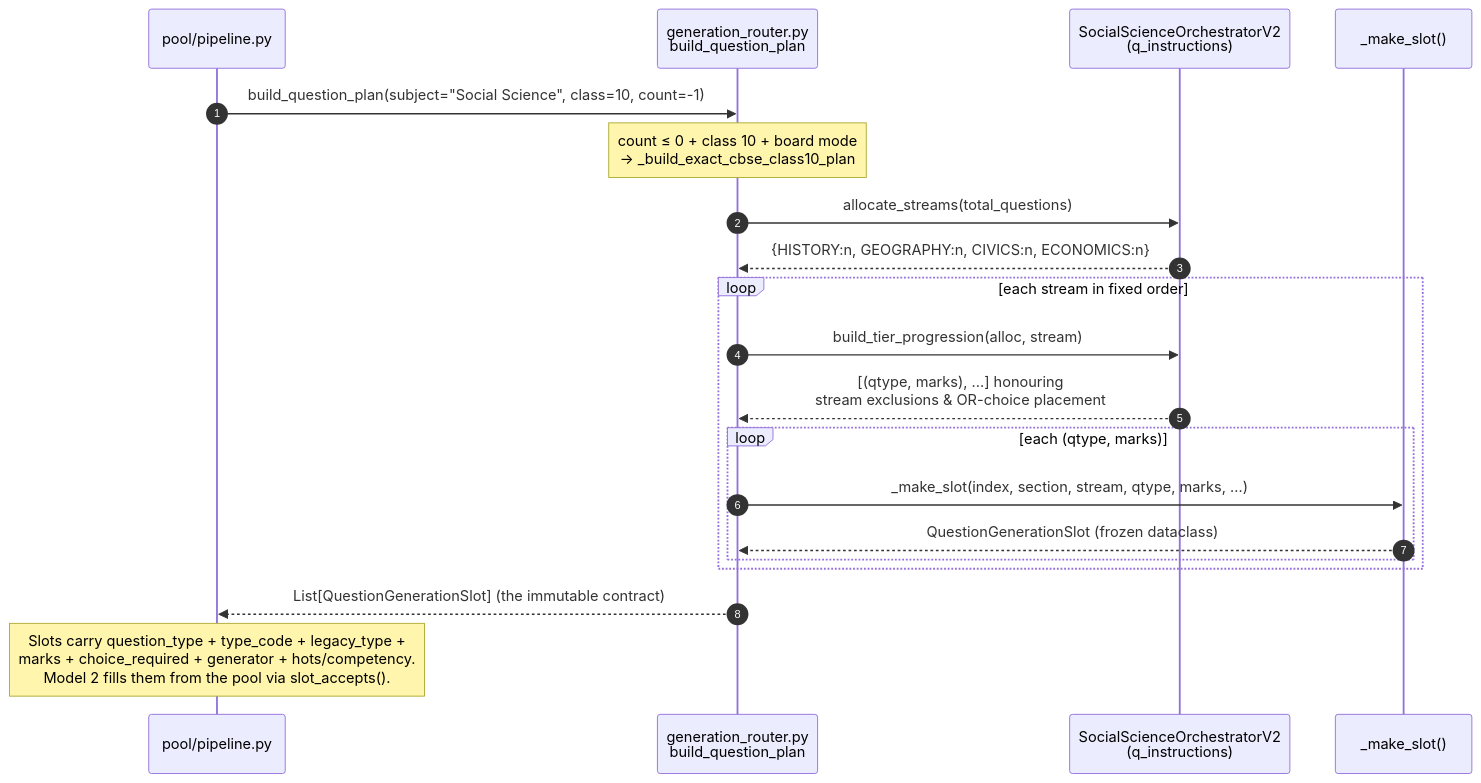
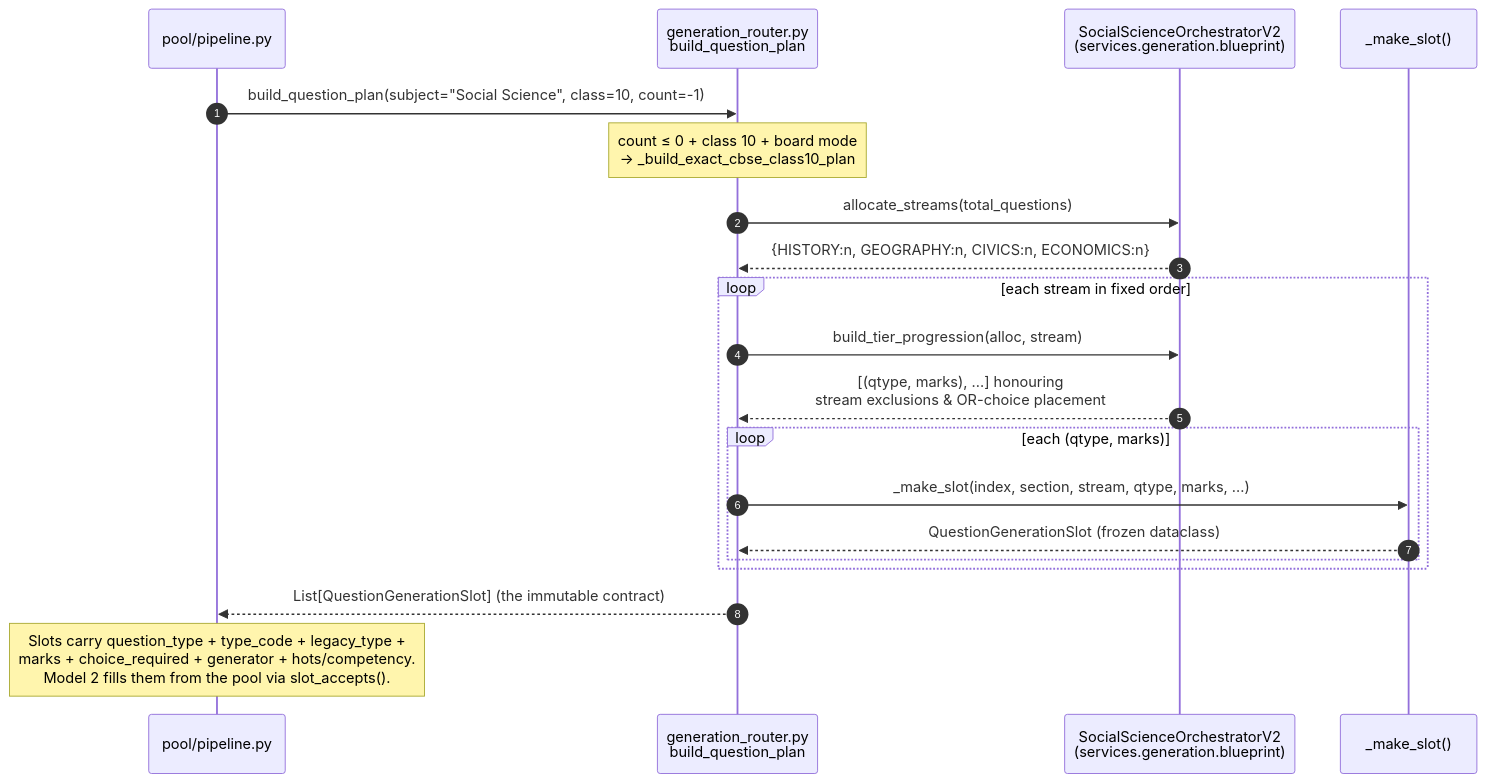
Before and after one commit to Paardhu22/qp-gen: the third of 16 diagrams in README.md, drawn with Mermaid. The commit also changed other lines of this file and 398 other files, not shown here.

First line of the commit message:
refactor(backend): group services/ by domain, fold q_instructions in

````diff
--- a/README.md
+++ b/README.md
@@ -259,23 +259,23 @@
 ```mermaid
 sequenceDiagram
     autonumber
     participant P as pool/pipeline.py
     participant R as generation_router.py<br/>build_question_plan
-    participant O as SocialScienceOrchestratorV2<br/>(q_instructions)
+    participant O as SocialScienceOrchestratorV2<br/>(services.generation.blueprint)
     participant SLOT as _make_slot()
 
     P->>R: build_question_plan(subject="Social Science", class=10, count=-1)
     Note over R: count ≤ 0 + class 10 + board mode<br/>→ _build_exact_cbse_class10_plan
     R->>O: allocate_streams(total_questions)
     O-->>R: {HISTORY:n, GEOGRAPHY:n, CIVICS:n, ECONOMICS:n}
     loop each stream in fixed order
         R->>O: build_tier_progression(alloc, stream)
         O-->>R: [(qtype, marks), ...] honouring<br/>stream exclusions & OR-choice placement
         loop each (qtype, marks)
             R->>SLOT: _make_slot(index, section, stream, qtype, marks, ...)
             SLOT-->>R: QuestionGenerationSlot (frozen dataclass)
         end
     end
     R-->>P: List[QuestionGenerationSlot]  (the immutable contract)
     Note over P: Slots carry question_type + type_code + legacy_type +<br/>marks + choice_required + generator + hots/competency.<br/>Model 2 fills them from the pool via slot_accepts().
 ```
````
